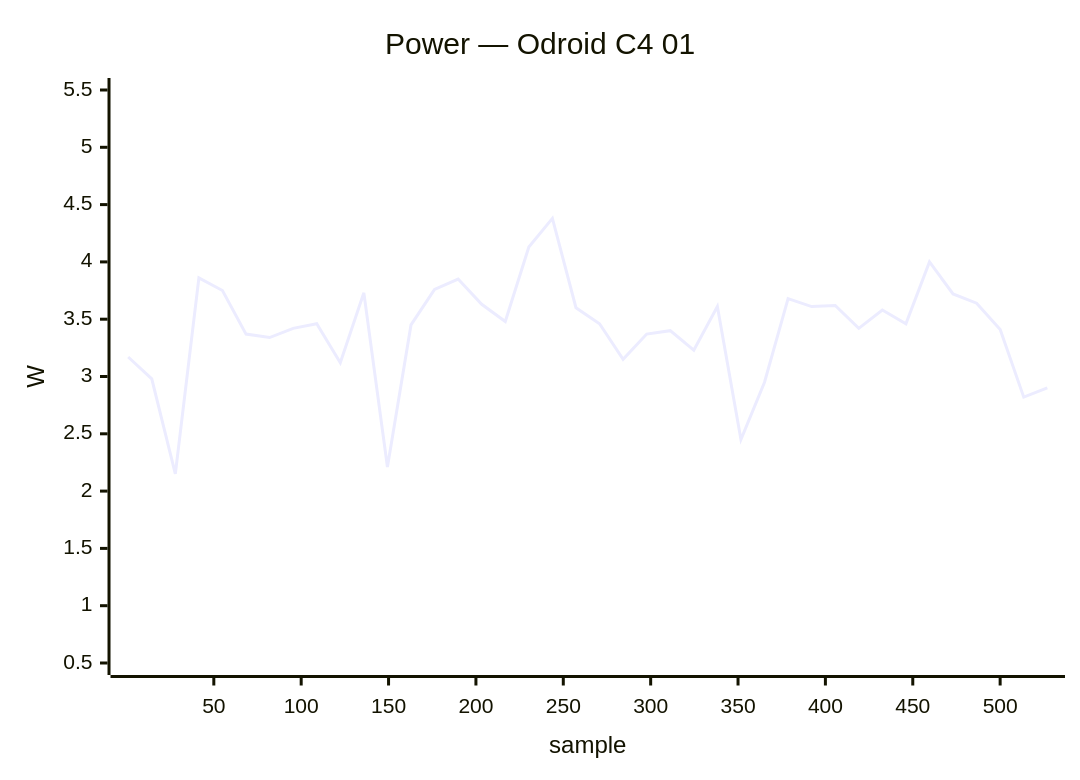
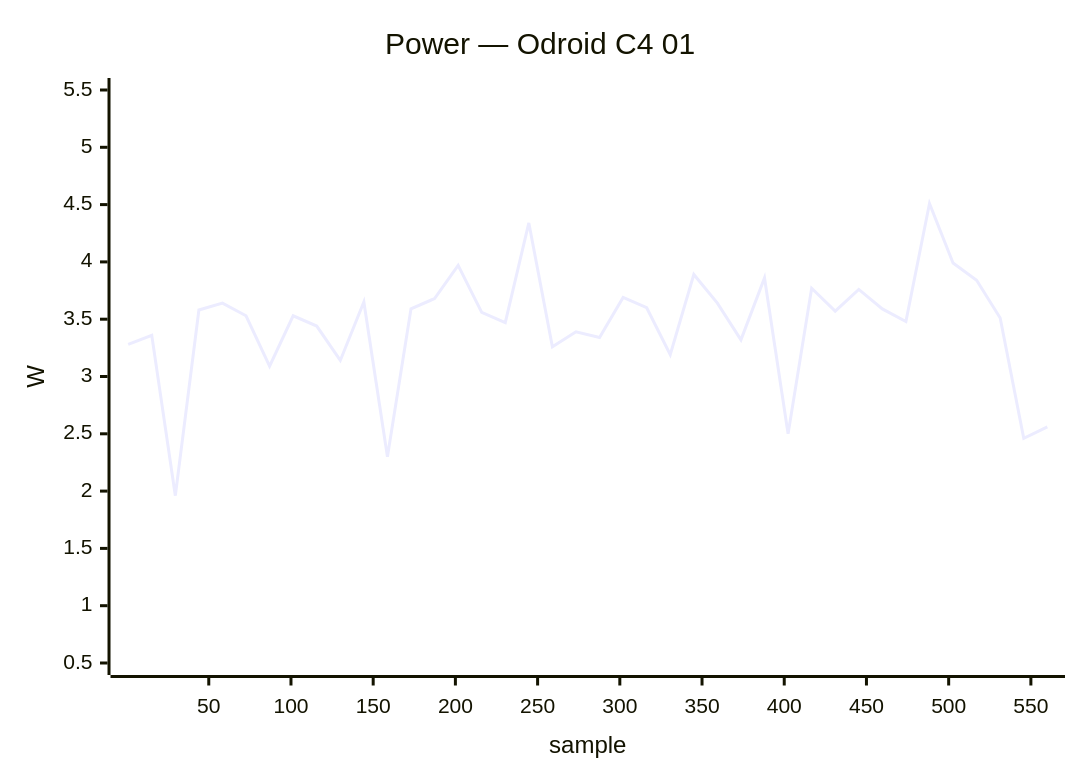
One commit to armbian/documentation changed the third of 34 diagrams in docs/status/board-tests.md. Above: the diagram before and after it, drawn with Mermaid. The commit also changed other lines of this file, not shown here.

````diff
--- a/docs/status/board-tests.md
+++ b/docs/status/board-tests.md
@@ -172,7 +157,7 @@
 ```mermaid
 xychart-beta
     title "Power — Odroid C4 01"
-    x-axis "sample" 1 --> 527
+    x-axis "sample" 1 --> 560
     y-axis "W" 0.5 --> 5.5
-    line [3.17, 2.98, 2.15, 3.86, 3.75, 3.37, 3.34, 3.42, 3.46, 3.12, 3.73, 2.21, 3.45, 3.76, 3.85, 3.63, 3.48, 4.13, 4.38, 3.60, 3.46, 3.15, 3.37, 3.40, 3.23, 3.61, 2.45, 2.95, 3.68, 3.61, 3.62, 3.42, 3.58, 3.46, 4.00, 3.72, 3.64, 3.41, 2.82, 2.90]
+    line [3.28, 3.36, 1.96, 3.58, 3.64, 3.53, 3.09, 3.53, 3.44, 3.14, 3.65, 2.30, 3.59, 3.68, 3.97, 3.56, 3.47, 4.34, 3.26, 3.39, 3.34, 3.69, 3.60, 3.19, 3.89, 3.64, 3.32, 3.86, 2.50, 3.77, 3.57, 3.76, 3.59, 3.48, 4.51, 3.99, 3.84, 3.51, 2.46, 2.56]
 ```
````
